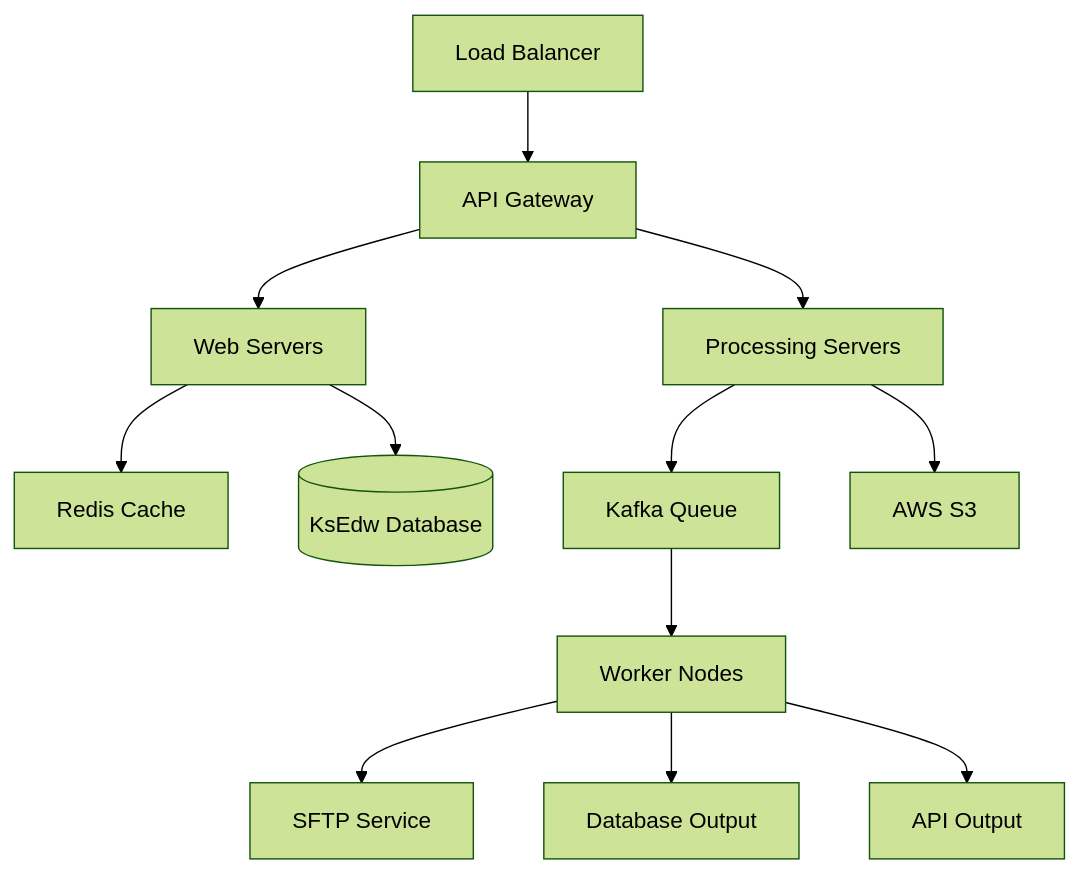
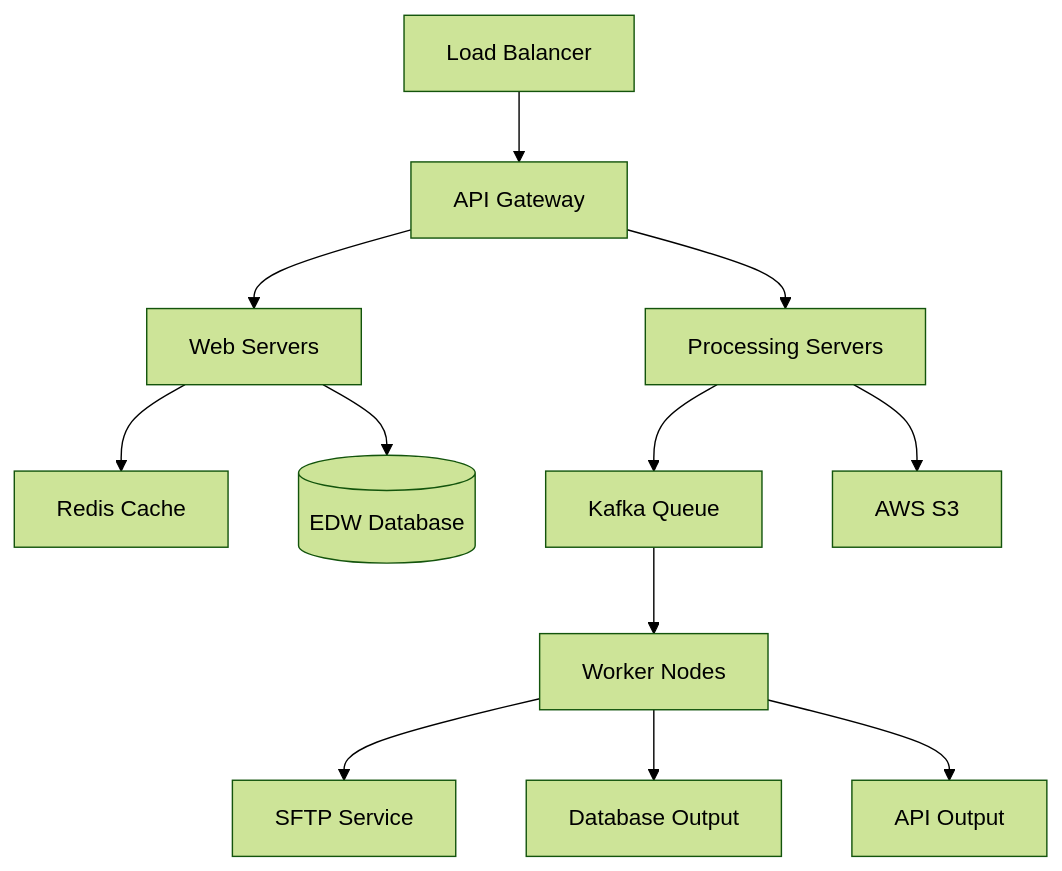
One commit to accionlabs/axtract-ui changed the diagram in docs/operations-manual.md. Above: the diagram before and after it, drawn with Mermaid (forest theme).

Commit message:
updated operations manual

````diff
--- a/docs/operations-manual.md
+++ b/docs/operations-manual.md
@@ -6,14 +6,14 @@
 ```mermaid
 graph TB
     LB[Load Balancer] --> API[API Gateway]
     API --> WEB[Web Servers]
     API --> PROC[Processing Servers]
     WEB --> CACHE[Redis Cache]
-    WEB --> DB[(KsEdw Database)]
+    WEB --> DB[(EDW Database)]
     PROC --> QUEUE[Kafka Queue]
     PROC --> S3[AWS S3]
     QUEUE --> WORKERS[Worker Nodes]
     WORKERS --> SFTP[SFTP Service]
     WORKERS --> DBOUT[Database Output]
     WORKERS --> APIOUT[API Output]
 ```
````
